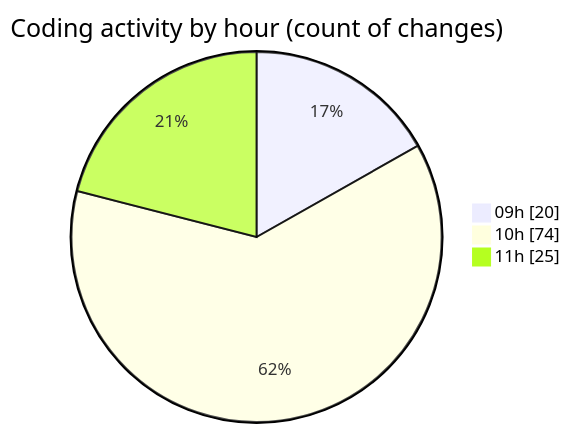
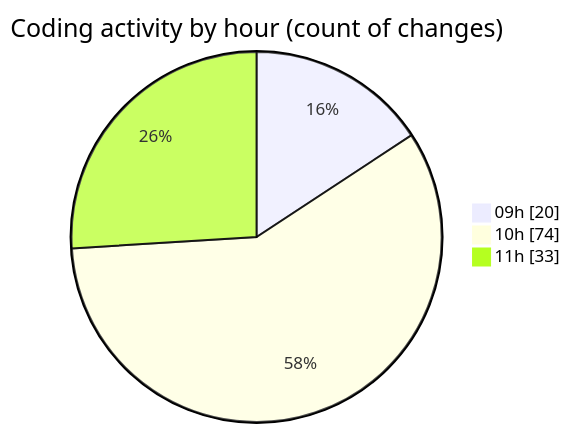
One commit to CELIANVF/code-tracking changed the second of 2 diagrams in 2025-06-06/ecodeli-1/README.md. Above: the diagram before and after it, drawn with Mermaid. The commit also changed other lines of this file and 1 other file, not shown here.

````diff
--- a/2025-06-06/ecodeli-1/README.md
+++ b/2025-06-06/ecodeli-1/README.md
@@ -68,7 +70,7 @@
 ```mermaid
 pie showData
 title Coding activity by hour (count of changes)
 "09h" : 20
 "10h" : 74
-"11h" : 25
+"11h" : 33
 ```
````
